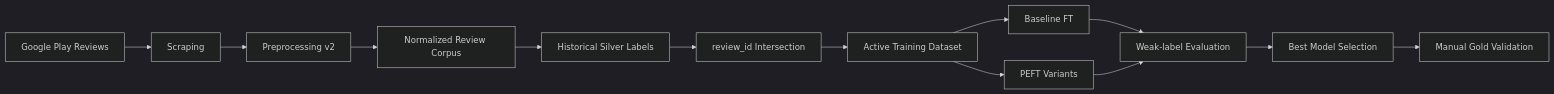
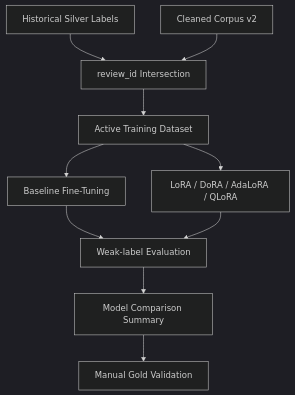
One commit to alvin-agustio/absa-fintech-review changed the second of 4 diagrams in README.md. Above: the diagram before and after it, drawn with Mermaid (dark theme). The commit also changed other lines of this file, not shown here.

Commit message:
Refine README hero and visual flow diagrams

````diff
--- a/README.md
+++ b/README.md
@@ -53,15 +76,12 @@
 ```mermaid
-flowchart LR
-    A[Google Play Reviews] --> B[Scraping]
-    B --> C[Preprocessing v2]
-    C --> D[Normalized Review Corpus]
-    D --> E[Historical Silver Labels]
-    E --> F[review_id Intersection]
-    F --> G[Active Training Dataset]
-    G --> H1[Baseline FT]
-    G --> H2[PEFT Variants]
-    H1 --> I[Weak-label Evaluation]
-    H2 --> I
-    I --> J[Best Model Selection]
-    J --> K[Manual Gold Validation]
+flowchart TD
+    A[Historical Silver Labels] --> B[review_id Intersection]
+    C[Cleaned Corpus v2] --> B
+    B --> D[Active Training Dataset]
+    D --> E[Baseline Fine-Tuning]
+    D --> F[LoRA / DoRA / AdaLoRA / QLoRA]
+    E --> G[Weak-label Evaluation]
+    F --> G
+    G --> H[Model Comparison Summary]
+    H --> I[Manual Gold Validation]
 ```
````
